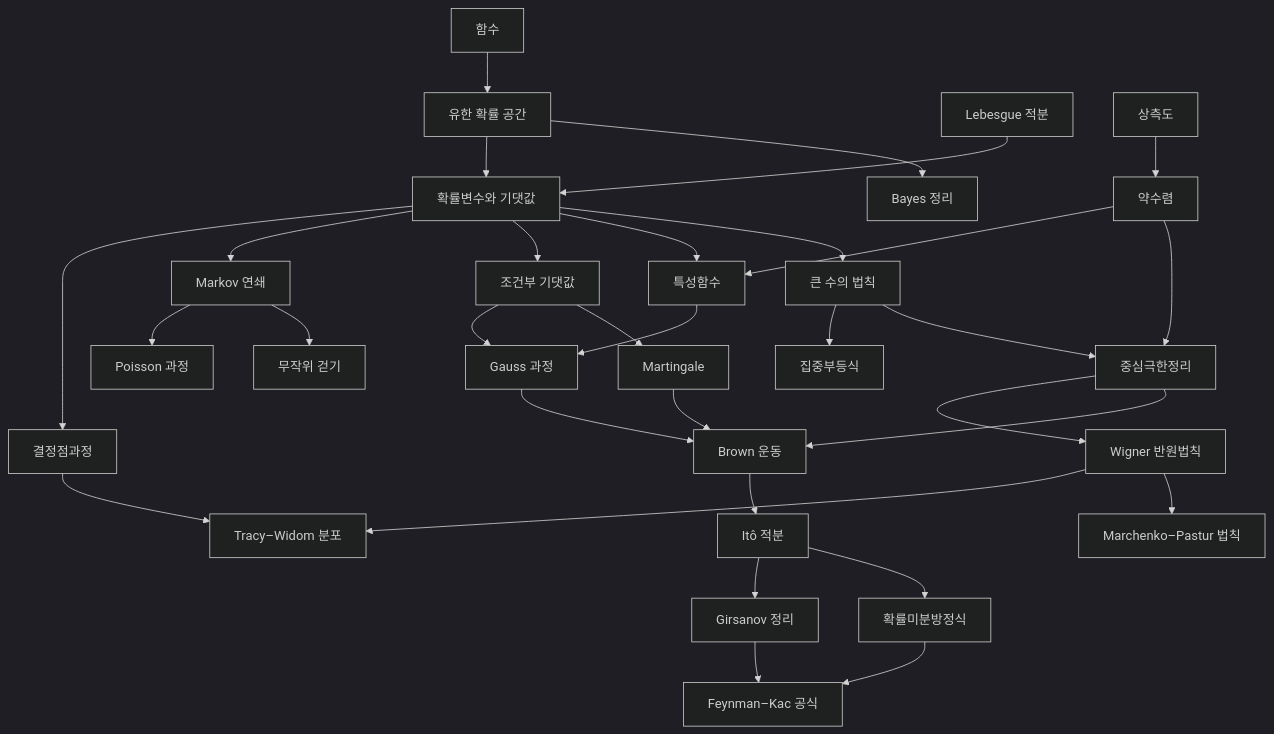
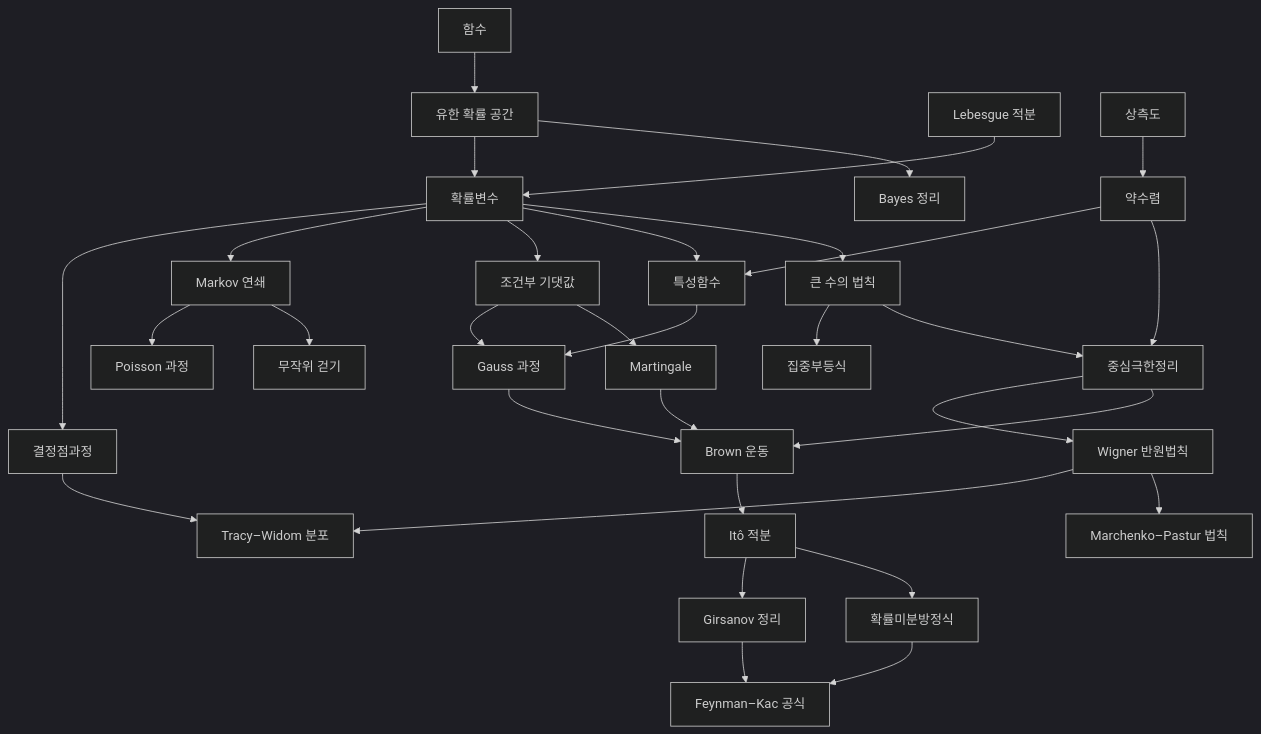
One commit to Phryxia/math-map changed the diagram in docs/probability-overview.md. Above: the diagram before and after it, drawn with Mermaid (dark theme). The commit also changed 8 other files, not shown here.

````diff
--- a/docs/probability-overview.md
+++ b/docs/probability-overview.md
@@ -13,34 +13,34 @@
 ```mermaid
 graph TD
   FN["함수"] --> PR["유한 확률 공간"]
   PR --> BY["Bayes 정리"]
-  PR --> RV["확률변수와 기댓값"]
+  PR --> RV["확률변수"]
   LI["Lebesgue 적분"] --> RV
   PM["상측도"] --> WC["약수렴"]
   RV --> LLN["큰 수의 법칙"]
   LLN --> CLT["중심극한정리"]
   WC --> CLT
   WC --> CF["특성함수"]
   RV --> CF
   LLN --> CI["집중부등식"]
   RV --> CE["조건부 기댓값"]
   CE --> MG["Martingale"]
   RV --> MC["Markov 연쇄"]
   MC --> RW["무작위 걷기"]
   MC --> PP["Poisson 과정"]
   MG --> BM["Brown 운동"]
   CLT --> BM
   BM --> IT["Itô 적분"]
   IT --> SDE["확률미분방정식"]
   IT --> GS["Girsanov 정리"]
   SDE --> FK["Feynman–Kac 공식"]
   GS --> FK
   CLT --> WS["Wigner 반원법칙"]
   WS --> MP["Marchenko–Pastur 법칙"]
   WS --> TW["Tracy–Widom 분포"]
   RV --> DPP["결정점과정"]
   DPP --> TW
   CF --> GP["Gauss 과정"]
   CE --> GP
   GP --> BM
 ```
````
